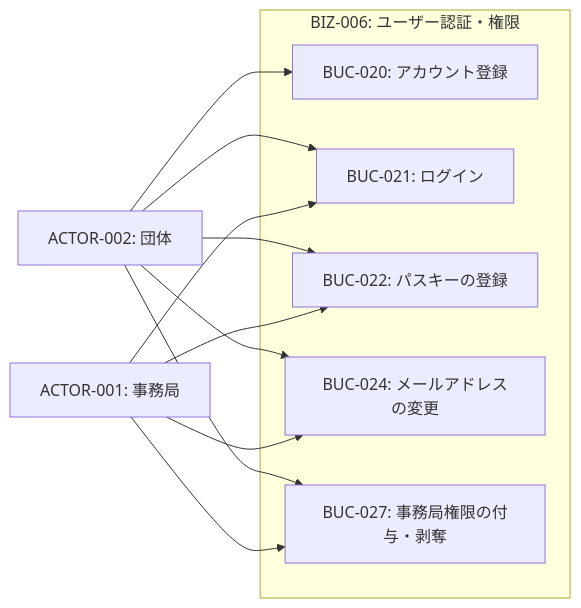
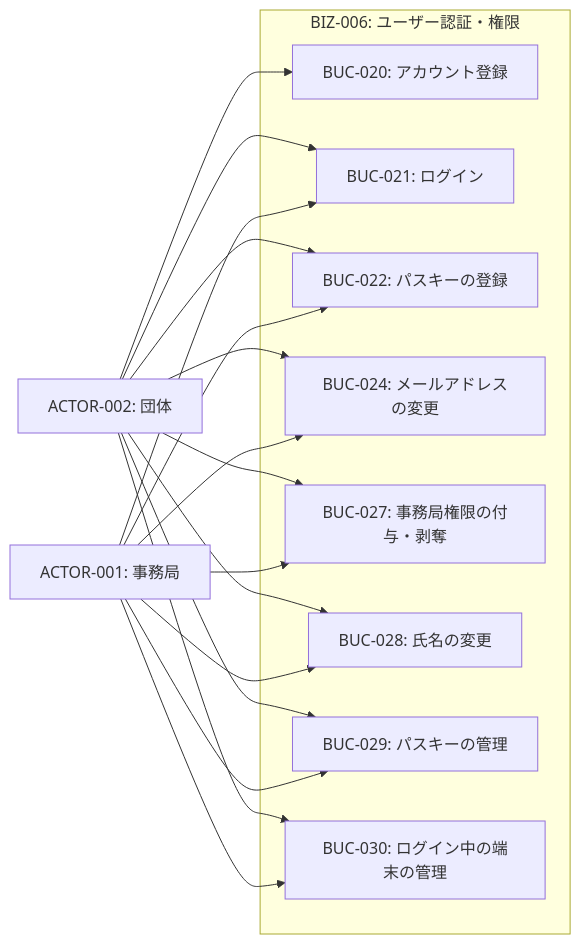
The first of 9 diagrams in rdra/contexts/user-authentication.md (gdsc-osaka/iclub-reserve), drawn with Mermaid before and after one commit. The commit also changed other lines of this file and 8 other files, not shown here.

````diff
--- a/rdra/contexts/user-authentication.md
+++ b/rdra/contexts/user-authentication.md
@@ -207,23 +331,32 @@
 ```mermaid
 graph LR
     actor1["ACTOR-001: 事務局"]
     actor2["ACTOR-002: 団体"]
 
     subgraph biz6["BIZ-006: ユーザー認証・権限"]
         buc20["BUC-020: アカウント登録"]
         buc21["BUC-021: ログイン"]
         buc22["BUC-022: パスキーの登録"]
         buc24["BUC-024: メールアドレスの変更"]
         buc27["BUC-027: 事務局権限の付与・剥奪"]
+        buc28["BUC-028: 氏名の変更"]
+        buc29["BUC-029: パスキーの管理"]
+        buc30["BUC-030: ログイン中の端末の管理"]
     end
 
     actor2 --> buc20
     actor1 --> buc21
     actor2 --> buc21
     actor1 --> buc22
     actor2 --> buc22
     actor1 --> buc24
     actor2 --> buc24
     actor1 --> buc27
     actor2 --> buc27
+    actor1 --> buc28
+    actor2 --> buc28
+    actor1 --> buc29
+    actor2 --> buc29
+    actor1 --> buc30
+    actor2 --> buc30
 ```
````
